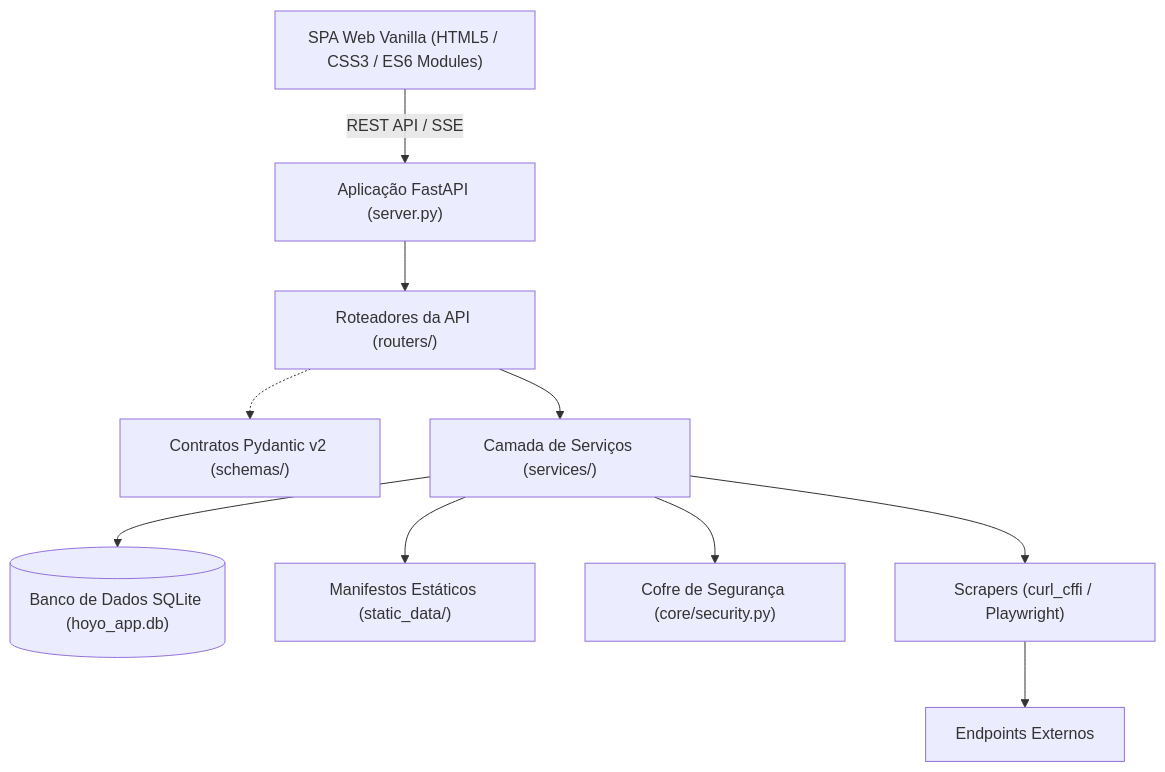
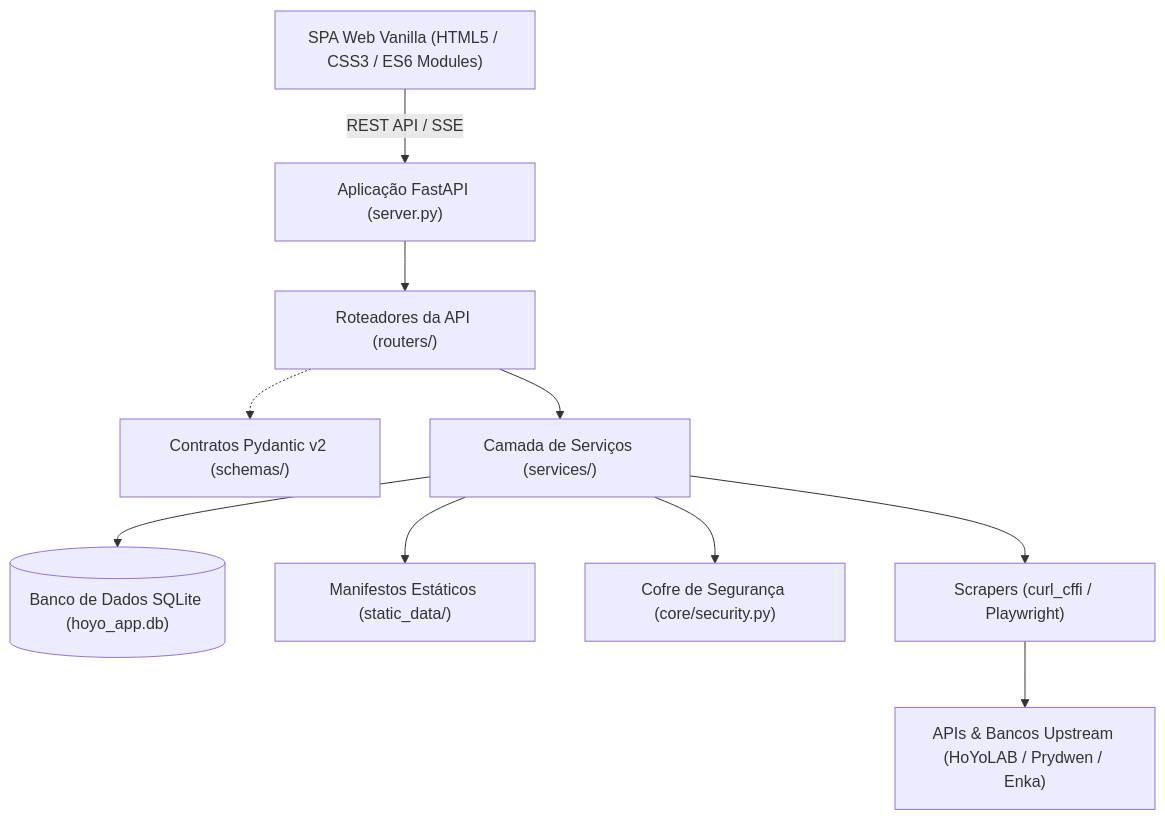
Before and after one commit to Lacas0010/Cabeca_de_Droid: the diagram in README.pt-BR.md, drawn with Mermaid. The commit also changed other lines of this file and 6 other files, not shown here.

````diff
--- a/README.pt-BR.md
+++ b/README.pt-BR.md
@@ -101,12 +174,12 @@
 ```mermaid
 graph TD
     UI["SPA Web Vanilla (HTML5 / CSS3 / ES6 Modules)"] -->|REST API / SSE| API["Aplicação FastAPI (server.py)"]
     API --> Routers["Roteadores da API (routers/)"]
     Routers -.-> Schemas["Contratos Pydantic v2 (schemas/)"]
     Routers --> Services["Camada de Serviços (services/)"]
     Services --> DB[("Banco de Dados SQLite (hoyo_app.db)")]
     Services --> Static["Manifestos Estáticos (static_data/)"]
     Services --> Vault["Cofre de Segurança (core/security.py)"]
     Services --> Scrapers["Scrapers (curl_cffi / Playwright)"]
-    Scrapers --> Ext["Endpoints Externos"]
+    Scrapers --> Ext["APIs & Bancos Upstream (HoYoLAB / Prydwen / Enka)"]
 ```
````
